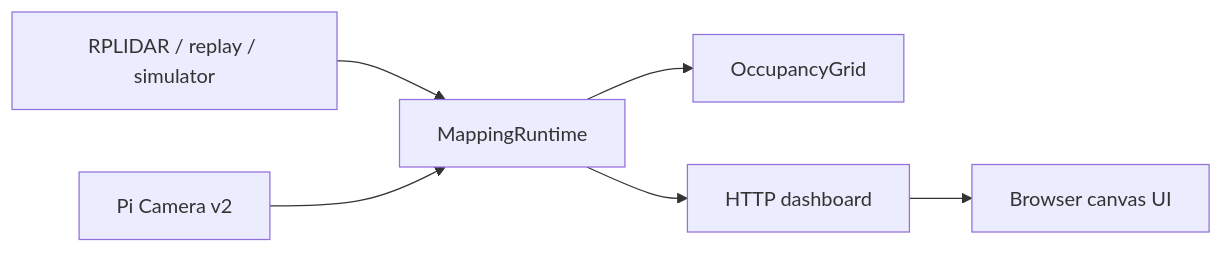
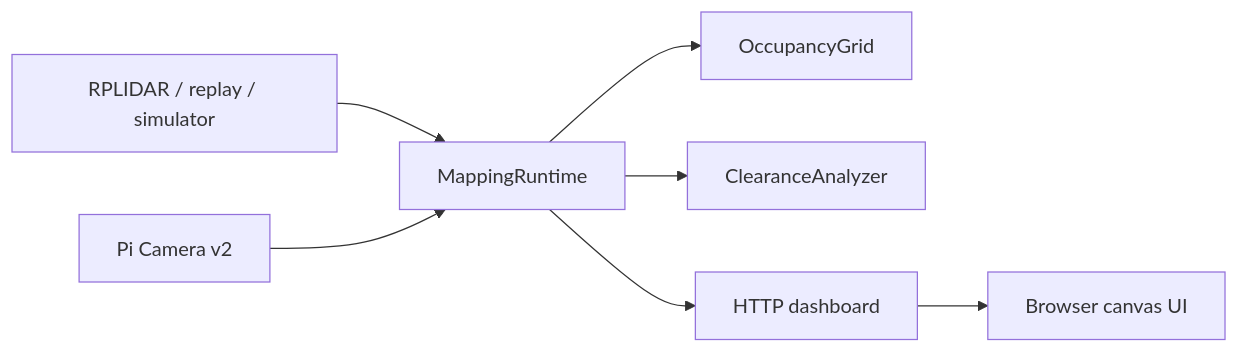
Before and after one commit to nkachalia1/lidar-room-mapper: the diagram in docs/ARCHITECTURE.md, drawn with Mermaid. The commit also changed other lines of this file and 12 other files, not shown here.

````diff
--- a/docs/ARCHITECTURE.md
+++ b/docs/ARCHITECTURE.md
@@ -5,8 +5,9 @@
 ```mermaid
 flowchart LR
   L["RPLIDAR / replay / simulator"] --> R["MappingRuntime"]
   C["Pi Camera v2"] --> R
   R --> G["OccupancyGrid"]
+  R --> P["ClearanceAnalyzer"]
   R --> H["HTTP dashboard"]
   H --> B["Browser canvas UI"]
 ```
````
